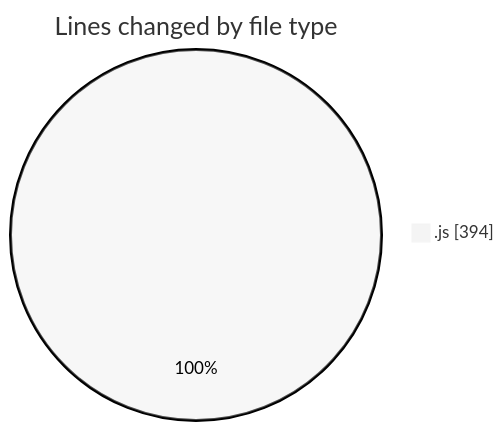
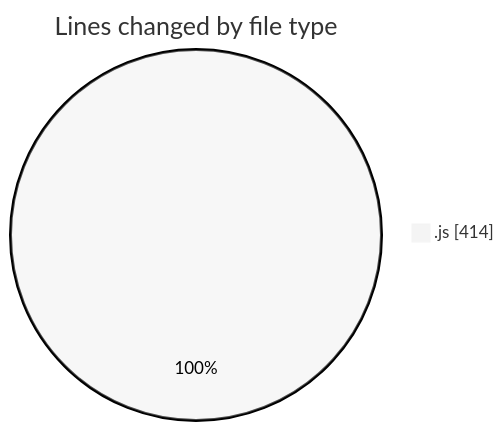
The first of 2 diagrams in 2025-02-03/cda/README.md (momahboobian/code-tracking), drawn with Mermaid (neutral theme) before and after one commit. The commit also changed other lines of this file and 1 other file, not shown here.

````diff
--- a/2025-02-03/cda/README.md
+++ b/2025-02-03/cda/README.md
@@ -22,5 +22,5 @@
 ```mermaid
 pie showData
 title Lines changed by file type
-".js" : 394
+".js" : 414
 ```
````
